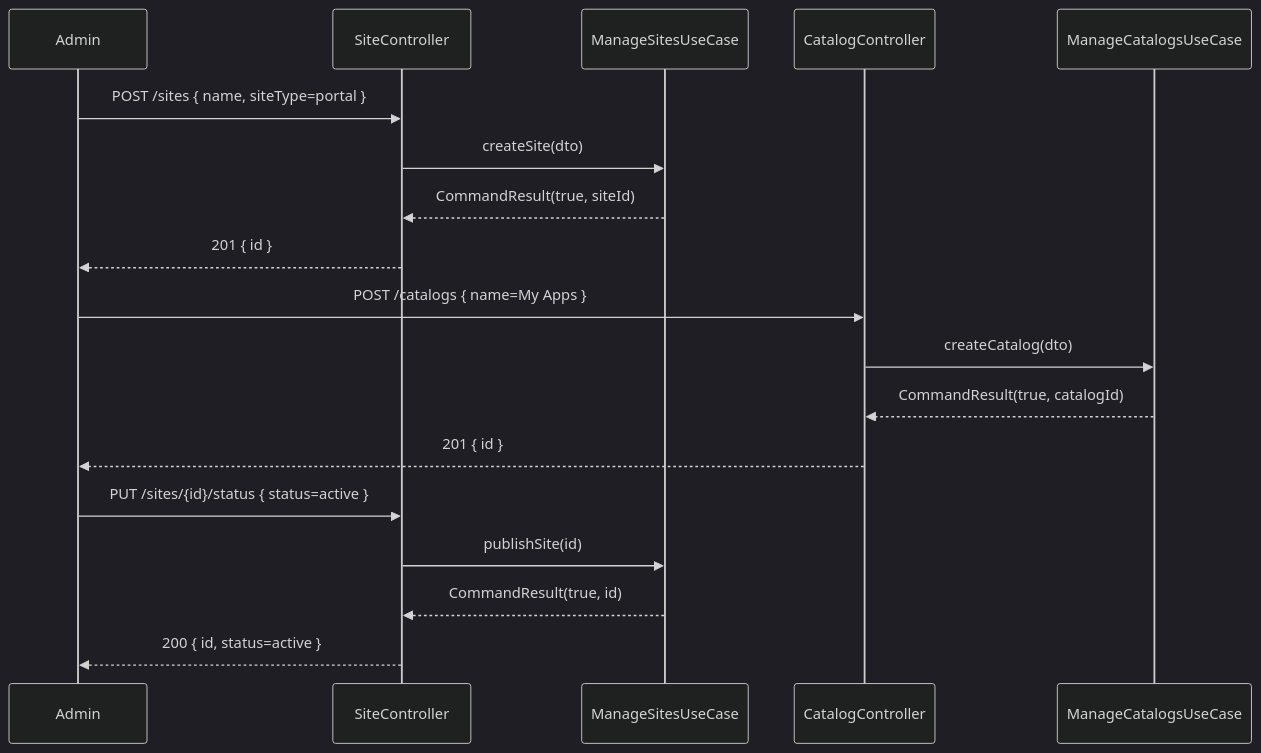
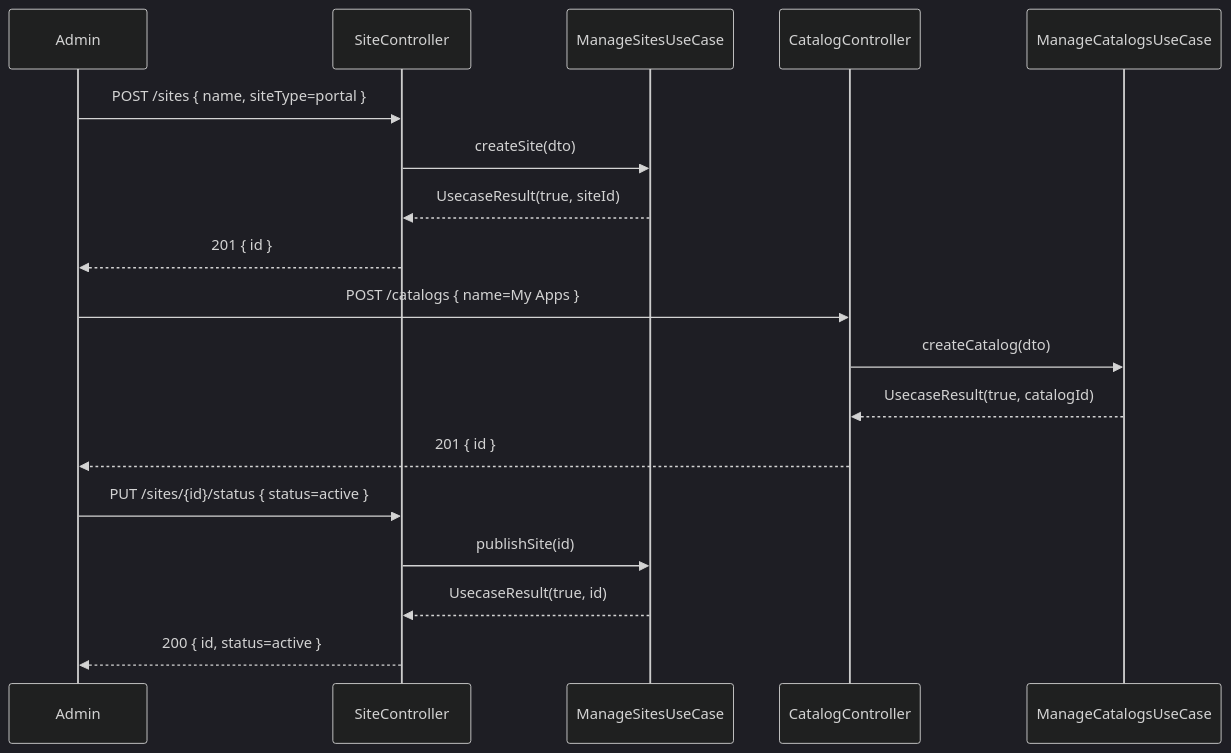
One commit to UIMSolutions/uim-platform changed the third of 3 diagrams in portal/UML.md. Above: the diagram before and after it, drawn with Mermaid (dark theme). The commit also changed 907 other files, not shown here.

Commit message:
Rename CommandResult

````diff
--- a/portal/UML.md
+++ b/portal/UML.md
@@ -152,23 +152,23 @@
 ```mermaid
 sequenceDiagram
     participant Admin
     participant SC as SiteController
     participant SUC as ManageSitesUseCase
     participant CC as CatalogController
     participant CUC as ManageCatalogsUseCase
 
     Admin->>SC: POST /sites { name, siteType=portal }
     SC->>SUC: createSite(dto)
-    SUC-->>SC: CommandResult(true, siteId)
+    SUC-->>SC: UsecaseResult(true, siteId)
     SC-->>Admin: 201 { id }
 
     Admin->>CC: POST /catalogs { name=My Apps }
     CC->>CUC: createCatalog(dto)
-    CUC-->>CC: CommandResult(true, catalogId)
+    CUC-->>CC: UsecaseResult(true, catalogId)
     CC-->>Admin: 201 { id }
 
     Admin->>SC: PUT /sites/{id}/status { status=active }
     SC->>SUC: publishSite(id)
-    SUC-->>SC: CommandResult(true, id)
+    SUC-->>SC: UsecaseResult(true, id)
     SC-->>Admin: 200 { id, status=active }
 ```
````
